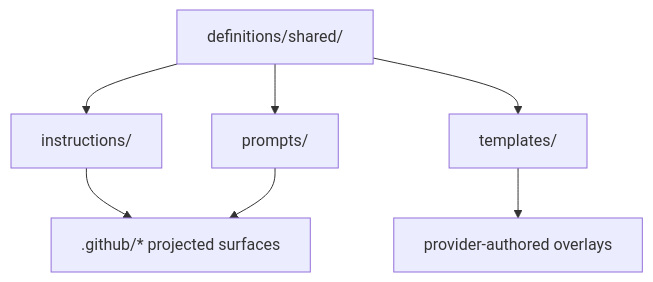
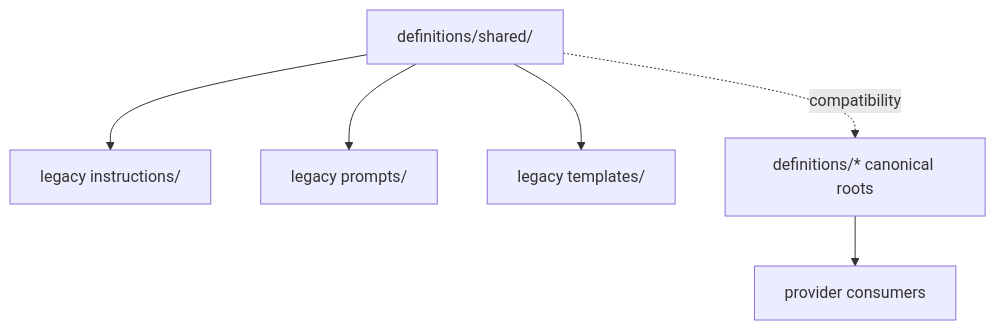
Before and after one commit to NetToolsKit/nettoolskit-copilot: the diagram in definitions/shared/README.md, drawn with Mermaid. The commit also changed other lines of this file and 58 other files, not shown here.

Commit message:
docs(repo): scaffold canonical definition roots and manifest samples

````diff
--- a/definitions/shared/README.md
+++ b/definitions/shared/README.md
@@ -44,16 +47,15 @@
 ```mermaid
 graph TD
     SHARED["definitions/shared/"]
-    INSTR["instructions/"]
-    PROMPTS["prompts/"]
-    TEMPLATES["templates/"]
-    GITHUB[".github/* projected surfaces"]
-    PROVIDERS["provider-authored overlays"]
+    LEGACY_INSTR["legacy instructions/"]
+    LEGACY_PROMPTS["legacy prompts/"]
+    LEGACY_TEMPLATES["legacy templates/"]
+    CANONICAL["definitions/* canonical roots"]
+    PROVIDERS["provider consumers"]
 
-    SHARED --> INSTR
-    SHARED --> PROMPTS
-    SHARED --> TEMPLATES
-    INSTR --> GITHUB
-    PROMPTS --> GITHUB
-    TEMPLATES --> PROVIDERS
+    SHARED --> LEGACY_INSTR
+    SHARED --> LEGACY_PROMPTS
+    SHARED --> LEGACY_TEMPLATES
+    CANONICAL --> PROVIDERS
+    SHARED -. compatibility .-> CANONICAL
 ```
````
